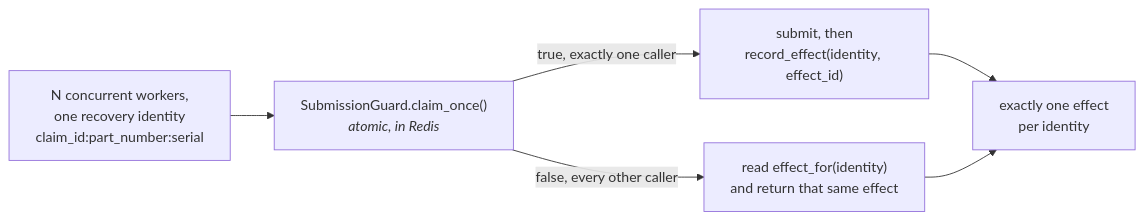
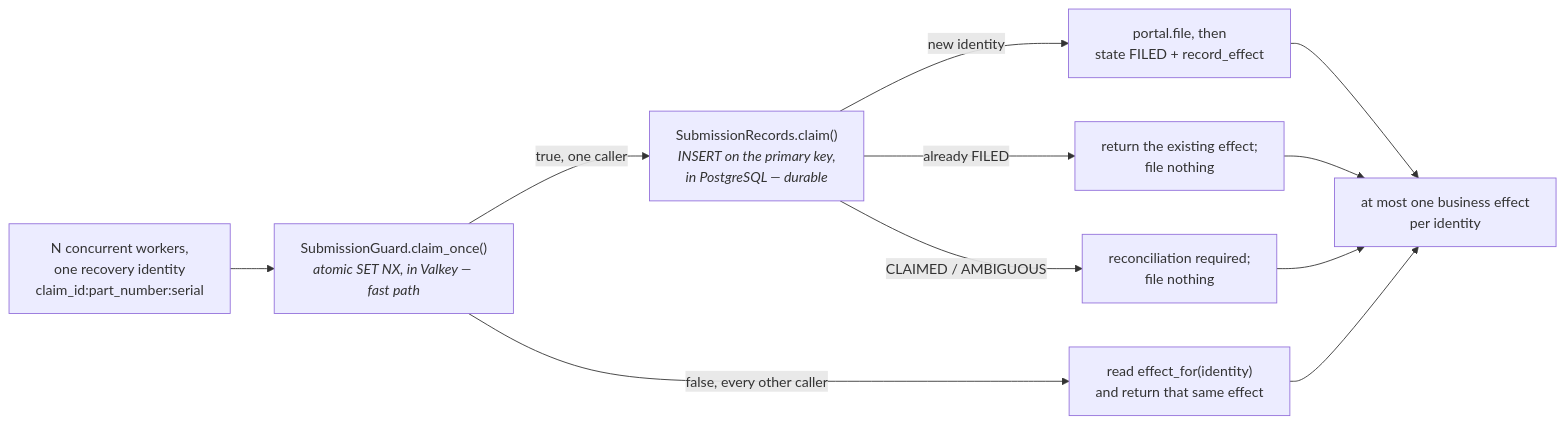
The sixth of 7 diagrams in docs/architecture.md (tair800/warranty-claim-recovery), drawn with Mermaid before and after one commit. The commit also changed other lines of this file and 4 other files, not shown here.

````diff
--- a/docs/architecture.md
+++ b/docs/architecture.md
@@ -256,8 +300,13 @@
 ```mermaid
 flowchart LR
-    A["N concurrent workers,<br/>one recovery identity<br/>claim_id:part_number:serial"] --> B["SubmissionGuard.claim_once()<br/><i>atomic, in Redis</i>"]
-    B -->|true, exactly one caller| C["submit, then<br/>record_effect(identity, effect_id)"]
+    A["N concurrent workers,<br/>one recovery identity<br/>claim_id:part_number:serial"] --> B["SubmissionGuard.claim_once()<br/><i>atomic SET NX, in Valkey — fast path</i>"]
+    B -->|true, one caller| P["SubmissionRecords.claim()<br/><i>INSERT on the primary key,<br/>in PostgreSQL — durable</i>"]
     B -->|false, every other caller| D["read effect_for(identity)<br/>and return that same effect"]
-    C --> E["exactly one effect<br/>per identity"]
+    P -->|new identity| C["portal.file, then<br/>state FILED + record_effect"]
+    P -->|already FILED| D2["return the existing effect;<br/>file nothing"]
+    P -->|CLAIMED / AMBIGUOUS| R["reconciliation required;<br/>file nothing"]
+    C --> E["at most one business effect<br/>per identity"]
     D --> E
+    D2 --> E
+    R --> E
 ```
````
